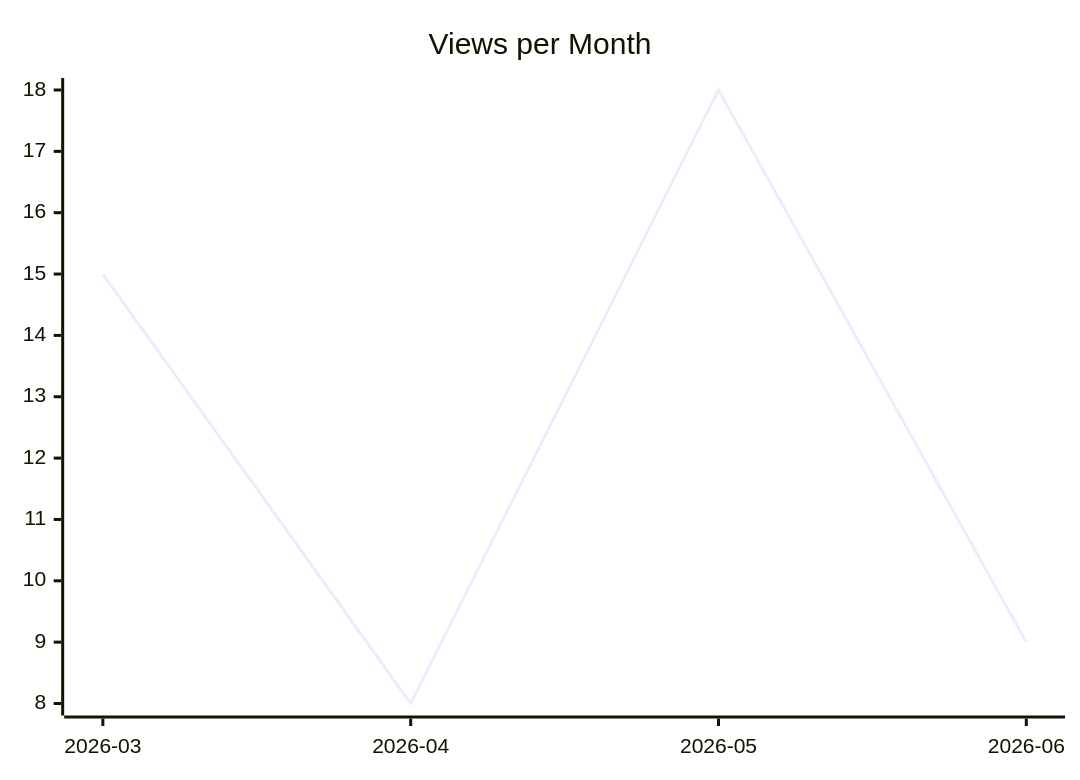
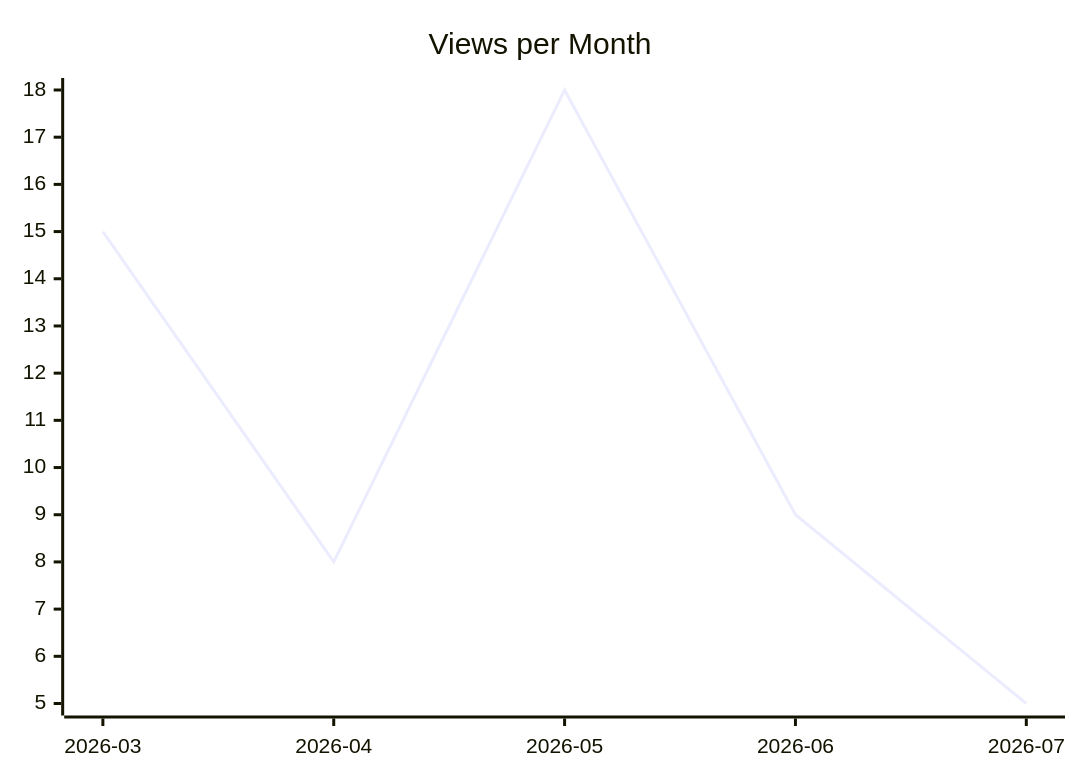
Before and after one commit to justdavis-family/github-analytics-data: the second of 3 diagrams in karlmdavis/xmlpull/README.md, drawn with Mermaid. The commit also changed other lines of this file and 199 other files, not shown here.

````diff
--- a/karlmdavis/xmlpull/README.md
+++ b/karlmdavis/xmlpull/README.md
@@ -12,6 +12,6 @@
 ```mermaid
 xychart-beta
   title "Views per Month"
-  x-axis ["2026-03", "2026-04", "2026-05", "2026-06"]
-  line [15, 8, 18, 9]
+  x-axis ["2026-03", "2026-04", "2026-05", "2026-06", "2026-07"]
+  line [15, 8, 18, 9, 5]
 ```
````
